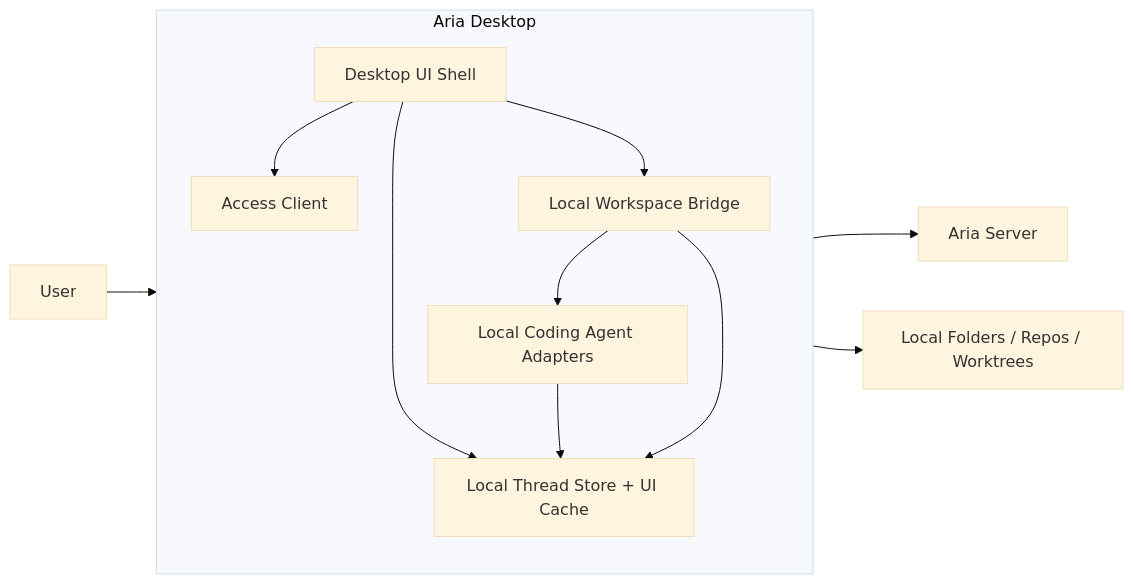
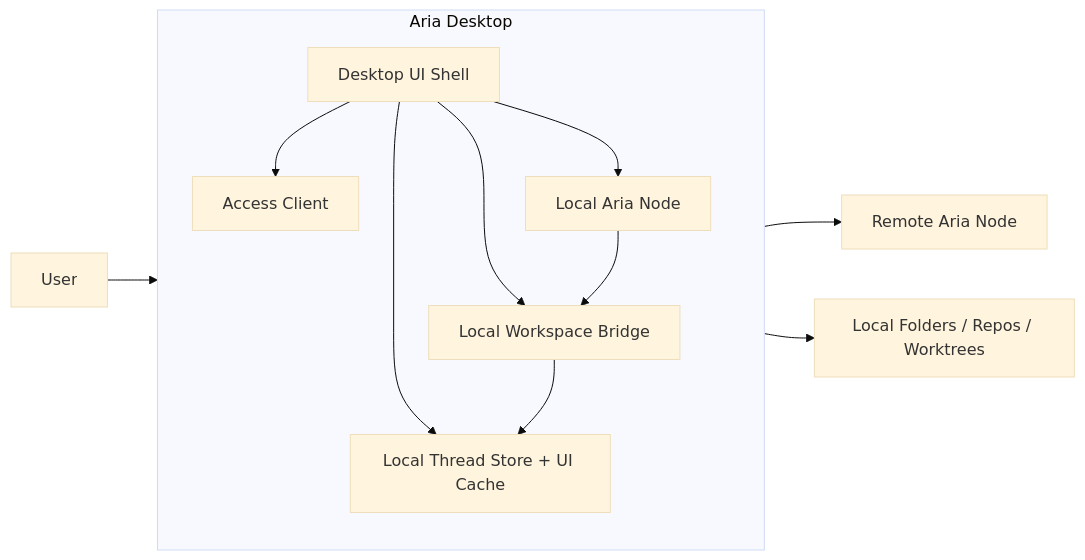
Before and after one commit to sichengchen/esperta-aria: the first of 3 diagrams in docs/architecture/surfaces/desktop-and-mobile.md, drawn with Mermaid (base theme). The commit also changed other lines of this file and 58 other files, not shown here.

Commit message:
docs(architecture): define Aria node package model

````diff
--- a/docs/architecture/surfaces/desktop-and-mobile.md
+++ b/docs/architecture/surfaces/desktop-and-mobile.md
@@ -36,28 +39,28 @@
 ```mermaid
 flowchart LR
     User["User"]
-    Server["Aria Server"]
+    RemoteNode["Remote Aria Node"]
 
     subgraph Desktop["Aria Desktop"]
         direction TB
         Shell["Desktop UI Shell"]
         Access["Access Client"]
+        LocalNode["Local Aria Node"]
         LocalBridge["Local Workspace Bridge"]
-        LocalCoding["Local Coding Agent Adapters"]
         LocalStore["Local Thread Store + UI Cache"]
 
         Shell --> Access
+        Shell --> LocalNode
         Shell --> LocalBridge
         Shell --> LocalStore
 
-        LocalBridge --> LocalCoding
-        LocalCoding --> LocalStore
+        LocalNode --> LocalBridge
         LocalBridge --> LocalStore
     end
 
     LocalFS["Local Folders / Repos / Worktrees"]
 
     User --> Shell
-    Access --> Server
+    Access --> RemoteNode
     LocalBridge --> LocalFS
 ```
````
